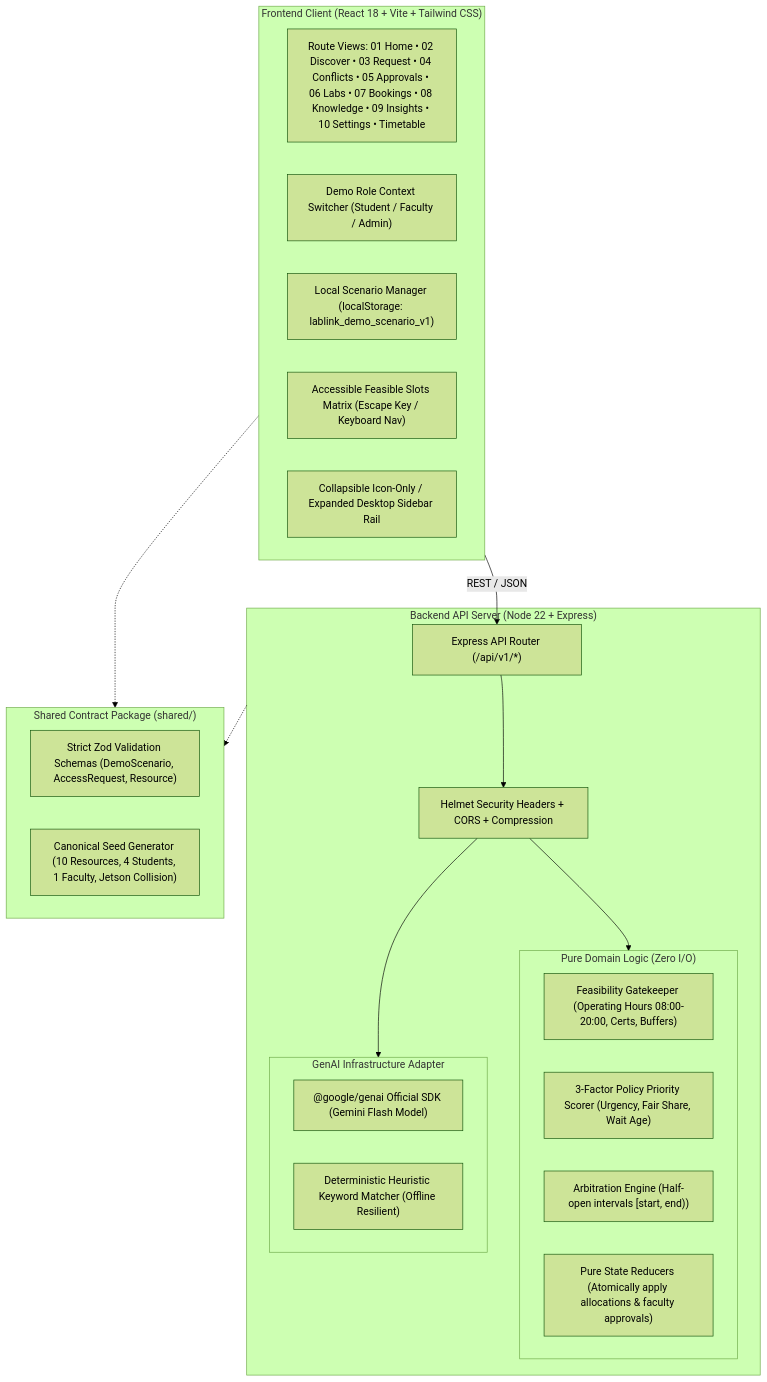
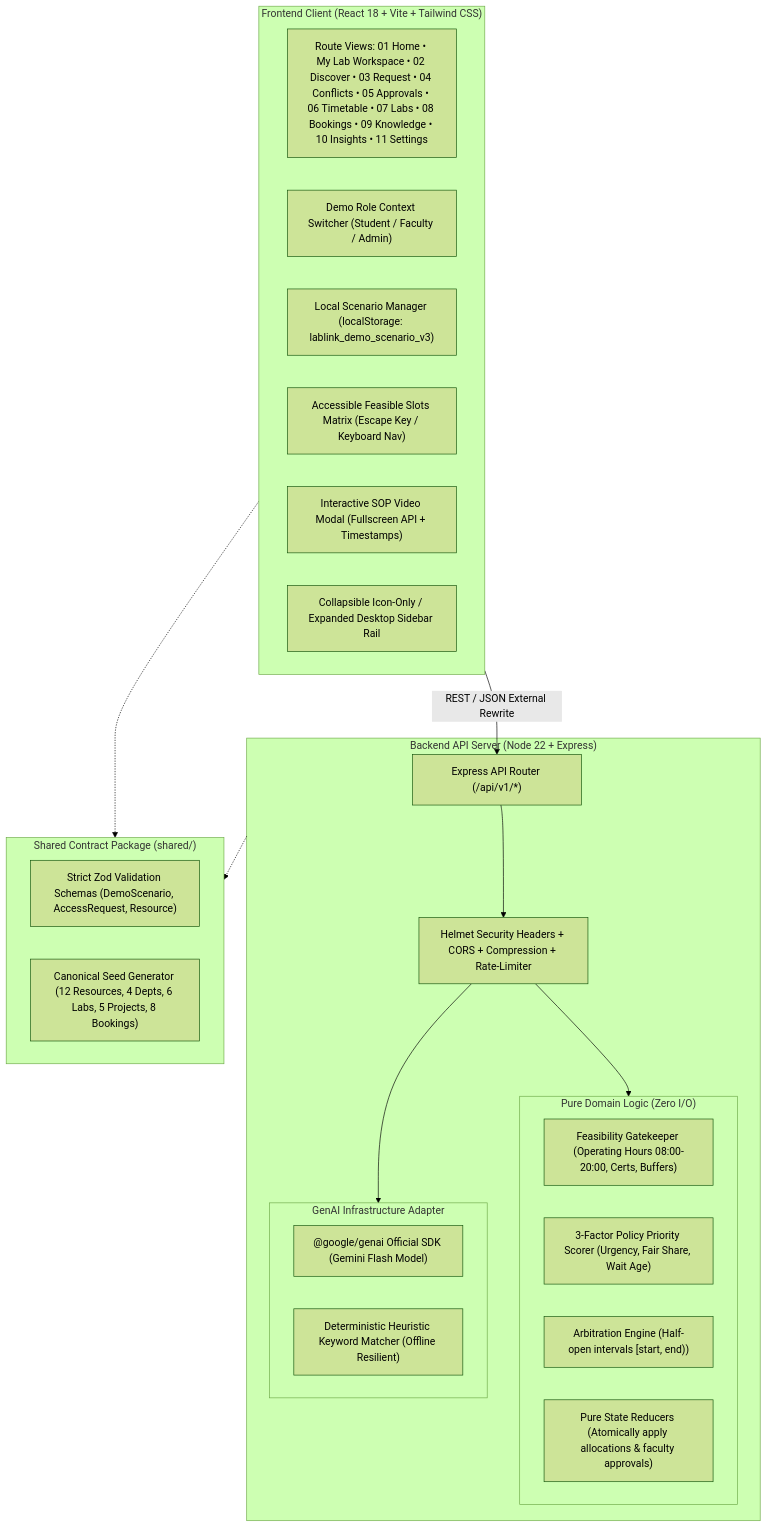
One commit to sharancode3/PROMPTWARS changed the second of 2 diagrams in README.md. Above: the diagram before and after it, drawn with Mermaid (forest theme). The commit also changed other lines of this file, not shown here.

Commit message:
docs: enrich README with feature spotlight, video modal, and architecture topology

````diff
--- a/README.md
+++ b/README.md
@@ -113,39 +113,40 @@
 ```mermaid
 flowchart TB
     subgraph ClientLayer["Frontend Client (React 18 + Vite + Tailwind CSS)"]
-        UI["Route Views: 01 Home • 02 Discover • 03 Request • 04 Conflicts • 05 Approvals • 06 Labs • 07 Bookings • 08 Knowledge • 09 Insights • 10 Settings • Timetable"]
+        UI["Route Views: 01 Home • My Lab Workspace • 02 Discover • 03 Request • 04 Conflicts • 05 Approvals • 06 Timetable • 07 Labs • 08 Bookings • 09 Knowledge • 10 Insights • 11 Settings"]
         RoleSwitch["Demo Role Context Switcher (Student / Faculty / Admin)"]
-        ScenarioCtx["Local Scenario Manager (localStorage: lablink_demo_scenario_v1)"]
+        ScenarioCtx["Local Scenario Manager (localStorage: lablink_demo_scenario_v3)"]
         SlotModal["Accessible Feasible Slots Matrix (Escape Key / Keyboard Nav)"]
+        VideoModalComp["Interactive SOP Video Modal (Fullscreen API + Timestamps)"]
         SidebarNav["Collapsible Icon-Only / Expanded Desktop Sidebar Rail"]
     end
 
     subgraph ServerLayer["Backend API Server (Node 22 + Express)"]
         APIRouter["Express API Router (/api/v1/*)"]
-        SecurityMW["Helmet Security Headers + CORS + Compression"]
+        SecurityMW["Helmet Security Headers + CORS + Compression + Rate-Limiter"]
         
         subgraph DomainServices["Pure Domain Logic (Zero I/O)"]
             Feasibility["Feasibility Gatekeeper (Operating Hours 08:00-20:00, Certs, Buffers)"]
             FairnessScorer["3-Factor Policy Priority Scorer (Urgency, Fair Share, Wait Age)"]
             SchedulerEngine["Arbitration Engine (Half-open intervals [start, end))"]
             Reducers["Pure State Reducers (Atomically apply allocations & faculty approvals)"]
         end
         
         subgraph AIAdapter["GenAI Infrastructure Adapter"]
             GeminiSDK["@google/genai Official SDK (Gemini Flash Model)"]
             FallbackRules["Deterministic Heuristic Keyword Matcher (Offline Resilient)"]
         end
     end
 
     subgraph SharedLayer["Shared Contract Package (shared/)"]
         ZodSchemas["Strict Zod Validation Schemas (DemoScenario, AccessRequest, Resource)"]
-        SeedGen["Canonical Seed Generator (10 Resources, 4 Students, 1 Faculty, Jetson Collision)"]
+        SeedGen["Canonical Seed Generator (12 Resources, 4 Depts, 6 Labs, 5 Projects, 8 Bookings)"]
     end
 
-    ClientLayer -->|REST / JSON| APIRouter
+    ClientLayer -->|REST / JSON External Rewrite| APIRouter
     APIRouter --> SecurityMW
     SecurityMW --> DomainServices
     SecurityMW --> AIAdapter
     ClientLayer -.-> SharedLayer
     ServerLayer -.-> SharedLayer
 ```
````
